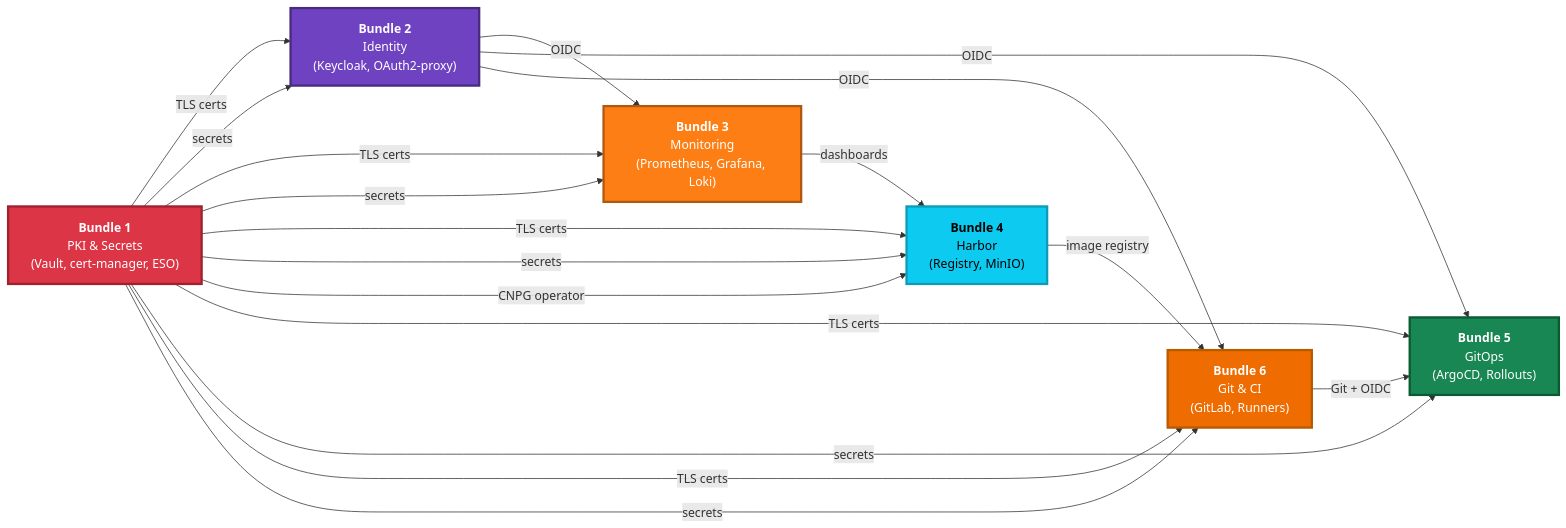
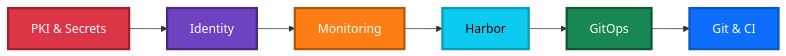
Before and after one commit to derhornspieler/harvester-rke2-svcs: the second of 2 diagrams in docs/architecture/overview.md, drawn with Mermaid. The commit also changed other lines of this file and 6 other files, not shown here.

````diff
--- a/docs/architecture/overview.md
+++ b/docs/architecture/overview.md
@@ -226,40 +153,18 @@
 ```mermaid
 graph LR
-    B1["<b>Bundle 1</b><br/>PKI &amp; Secrets<br/>(Vault, cert-manager, ESO)"]
-    B2["<b>Bundle 2</b><br/>Identity<br/>(Keycloak, OAuth2-proxy)"]
-    B3["<b>Bundle 3</b><br/>Monitoring<br/>(Prometheus, Grafana, Loki)"]
-    B4["<b>Bundle 4</b><br/>Harbor<br/>(Registry, MinIO)"]
-    B5["<b>Bundle 5</b><br/>GitOps<br/>(ArgoCD, Rollouts)"]
-    B6["<b>Bundle 6</b><br/>Git &amp; CI<br/>(GitLab, Runners)"]
+    S1["PKI &amp; Secrets"]
+    S2["Identity"]
+    S3["Monitoring"]
+    S4["Harbor"]
+    S5["GitOps"]
+    S6["Git &amp; CI"]
 
-    B1 -->|TLS certs| B2
-    B1 -->|secrets| B2
+    S1 --> S2 --> S3 --> S4 --> S5 --> S6
 
-    B1 -->|TLS certs| B3
-    B1 -->|secrets| B3
-
-    B1 -->|TLS certs| B4
-    B1 -->|secrets| B4
-    B1 -->|CNPG operator| B4
-
-    B2 -->|OIDC| B3
-    B3 -->|dashboards| B4
-
-    B1 -->|TLS certs| B5
-    B1 -->|secrets| B5
-    B2 -->|OIDC| B5
-
-    B1 -->|TLS certs| B6
-    B1 -->|secrets| B6
-    B2 -->|OIDC| B6
-    B4 -->|image registry| B6
-
-    B6 -->|Git + OIDC| B5
-
-    style B1 fill:#dc3545,color:#fff,stroke:#a02030,stroke-width:3px
-    style B2 fill:#6f42c1,color:#fff,stroke:#4a2a7f,stroke-width:3px
-    style B3 fill:#fd7e14,color:#fff,stroke:#b15810,stroke-width:3px
-    style B4 fill:#0dcaf0,color:#000,stroke:#0a9db5,stroke-width:3px
-    style B5 fill:#198754,color:#fff,stroke:#0d5a32,stroke-width:3px
-    style B6 fill:#ef6c00,color:#fff,stroke:#b85a00,stroke-width:3px
+    style S1 fill:#dc3545,color:#fff,stroke:#a02030,stroke-width:3px
+    style S2 fill:#6f42c1,color:#fff,stroke:#4a2a7f,stroke-width:3px
+    style S3 fill:#fd7e14,color:#fff,stroke:#b15810,stroke-width:3px
+    style S4 fill:#0dcaf0,color:#000,stroke:#0a9db5,stroke-width:3px
+    style S5 fill:#198754,color:#fff,stroke:#0d5a32,stroke-width:3px
+    style S6 fill:#0d6efd,color:#fff,stroke:#0a58ca,stroke-width:3px
 ```
````
